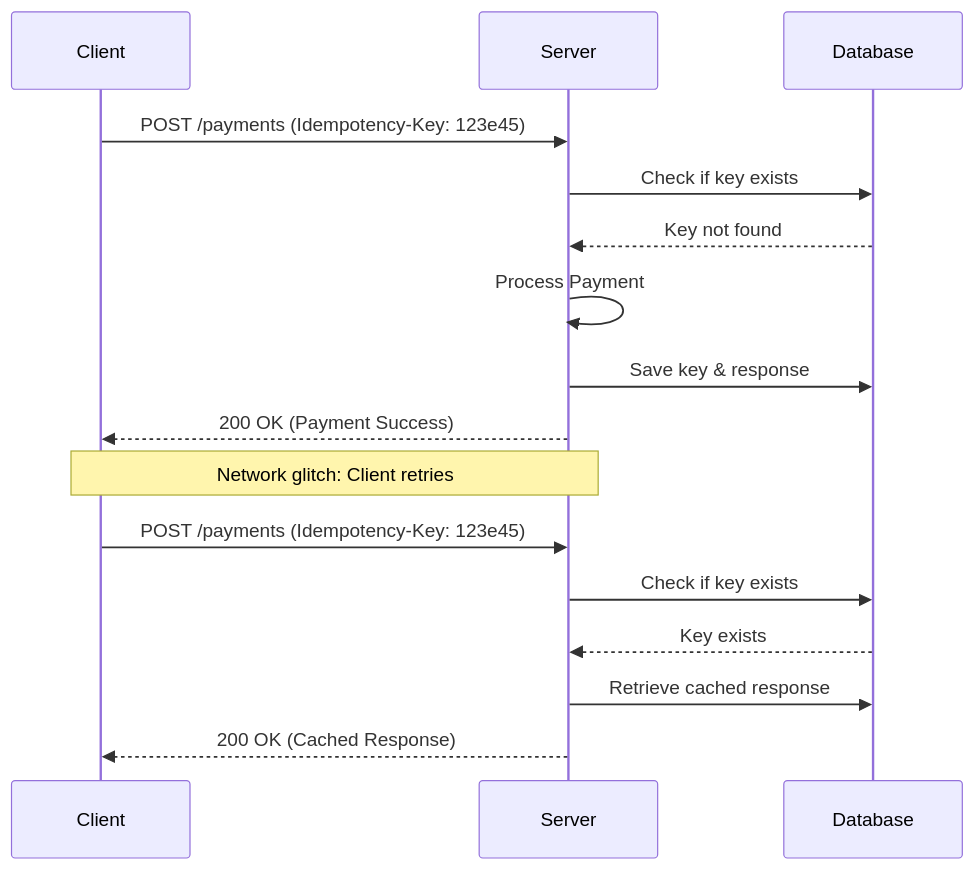
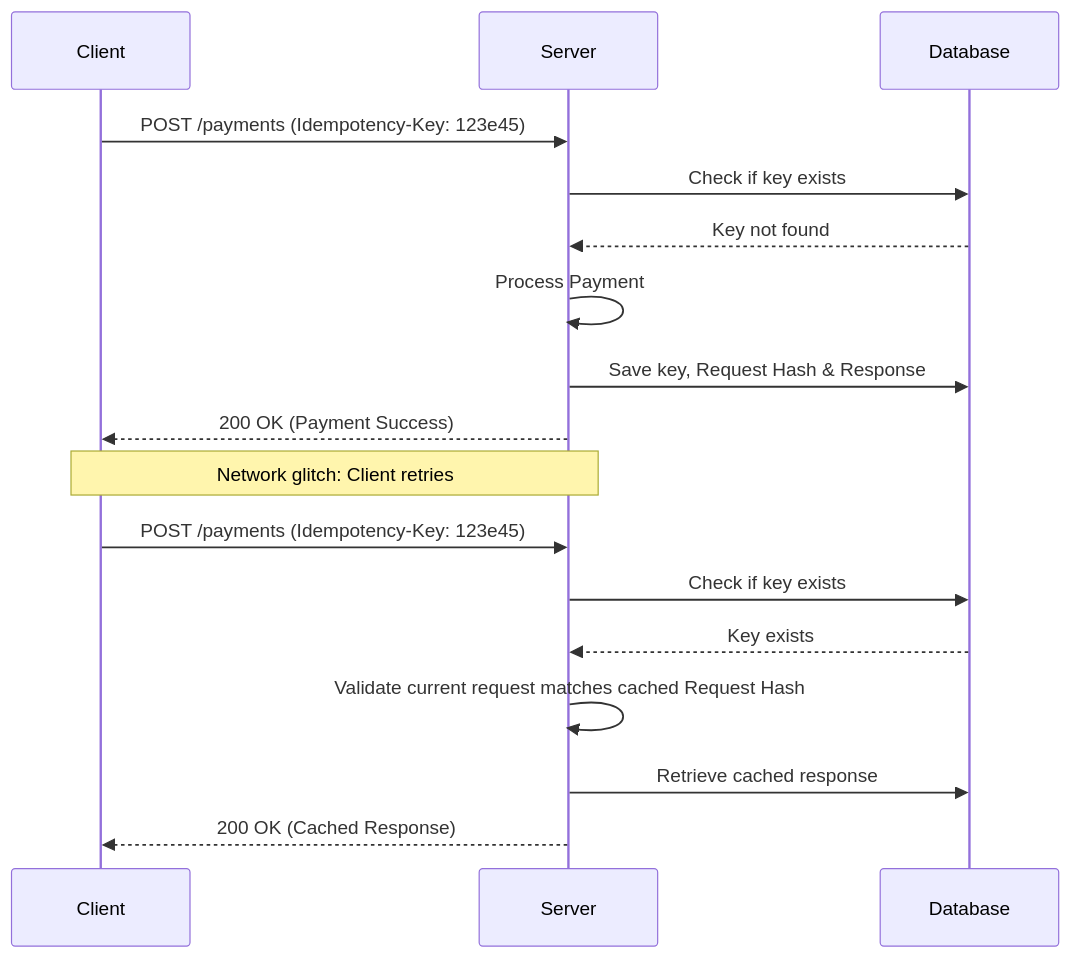
One commit to vaishvanara/techwritingkb changed the diagram in docs/systems-thinking/idempotency.md. Above: the diagram before and after it, drawn with Mermaid. The commit also changed other lines of this file and 26 other files, not shown here.

````diff
--- a/docs/systems-thinking/idempotency.md
+++ b/docs/systems-thinking/idempotency.md
@@ -38,21 +41,22 @@
 ```mermaid
 sequenceDiagram
     participant Client
     participant Server
     participant Database
 
     Client->>Server: POST /payments (Idempotency-Key: 123e45)
     Server->>Database: Check if key exists
     Database-->>Server: Key not found
     Server->>Server: Process Payment
-    Server->>Database: Save key & response
+    Server->>Database: Save key, Request Hash & Response
     Server-->>Client: 200 OK (Payment Success)
 
     Note over Client, Server: Network glitch: Client retries
     
     Client->>Server: POST /payments (Idempotency-Key: 123e45)
     Server->>Database: Check if key exists
     Database-->>Server: Key exists
+    Server->>Server: Validate current request matches cached Request Hash
     Server->>Database: Retrieve cached response
     Server-->>Client: 200 OK (Cached Response)
 ```
````
